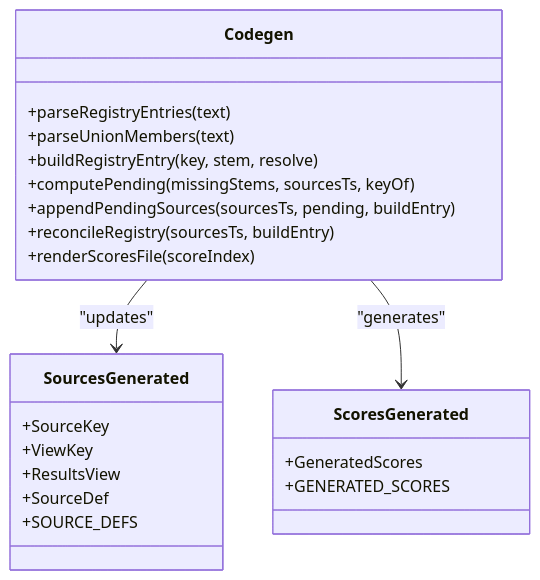
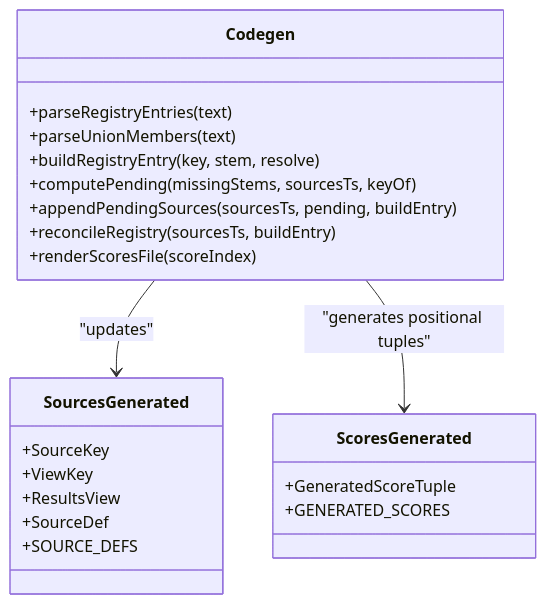
Before and after one commit to delirium-dj/modelcomp: the fifth of 9 diagrams in .qoder/repowiki/en/content/Data Management System/Data Synchronization Pipeline/Data Synchronization Pipeline.md, drawn with Mermaid. The commit also changed other lines of this file and 72 other files, not shown here.

````diff
--- a/.qoder/repowiki/en/content/Data Management System/Data Synchronization Pipeline/Data Synchronization Pipeline.md
+++ b/.qoder/repowiki/en/content/Data Management System/Data Synchronization Pipeline/Data Synchronization Pipeline.md
@@ -233,25 +265,25 @@
 ```mermaid
 classDiagram
 class Codegen {
 +parseRegistryEntries(text)
 +parseUnionMembers(text)
 +buildRegistryEntry(key, stem, resolve)
 +computePending(missingStems, sourcesTs, keyOf)
 +appendPendingSources(sourcesTs, pending, buildEntry)
 +reconcileRegistry(sourcesTs, buildEntry)
 +renderScoresFile(scoreIndex)
 }
 class SourcesGenerated {
 +SourceKey
 +ViewKey
 +ResultsView
 +SourceDef
 +SOURCE_DEFS
 }
 class ScoresGenerated {
-+GeneratedScores
++GeneratedScoreTuple
 +GENERATED_SCORES
 }
 Codegen --> SourcesGenerated : "updates"
-Codegen --> ScoresGenerated : "generates"
+Codegen --> ScoresGenerated : "generates positional tuples"
 ```
````
